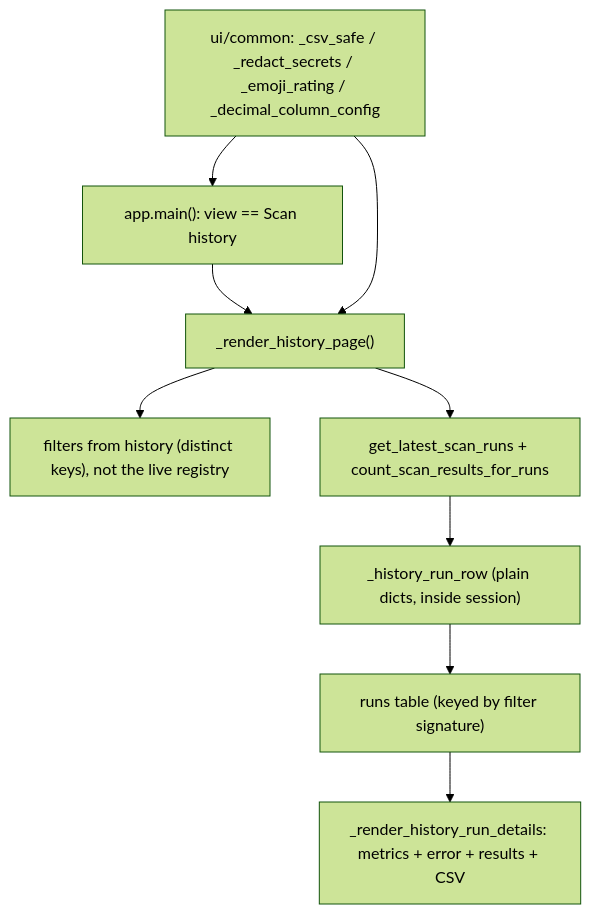
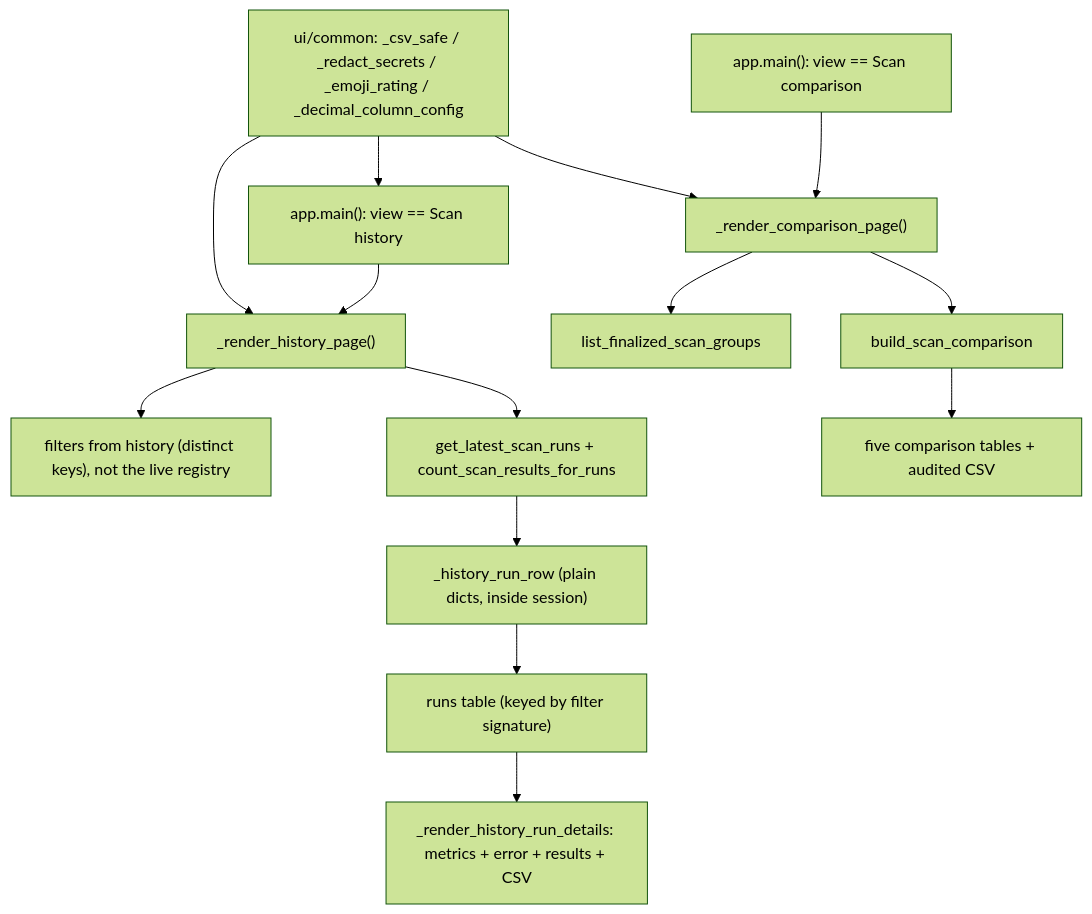
The diagram in docs/architecture/components/ui-pages.md (DoRmAmMu1997/Streamlit-Scanner-App), drawn with Mermaid (forest theme) before and after one commit. The commit also changed other lines of this file and 14 other files, not shown here.

First line of the commit message:
feat(JOB-003): latest-vs-previous scan comparison page and CSV export

````diff
--- a/docs/architecture/components/ui-pages.md
+++ b/docs/architecture/components/ui-pages.md
@@ -21,11 +22,16 @@
 ```mermaid
 flowchart TD
     APP["app.main(): view == Scan history"] --> RHP["_render_history_page()"]
     RHP --> FILTERS["filters from history (distinct keys), not the live registry"]
     RHP --> REPO["get_latest_scan_runs + count_scan_results_for_runs"]
     REPO --> ROWS["_history_run_row (plain dicts, inside session)"]
     ROWS --> TABLE["runs table (keyed by filter signature)"]
     TABLE --> DETAILS["_render_history_run_details: metrics + error + results + CSV"]
     COMMON["ui/common: _csv_safe / _redact_secrets / _emoji_rating / _decimal_column_config"] --> RHP
     COMMON --> APP
+    APP2["app.main(): view == Scan comparison"] --> CP["_render_comparison_page()"]
+    CP --> CFG["list_finalized_scan_groups"]
+    CP --> CMP["build_scan_comparison"]
+    CMP --> TABS["five comparison tables + audited CSV"]
+    COMMON --> CP
 ```
````
